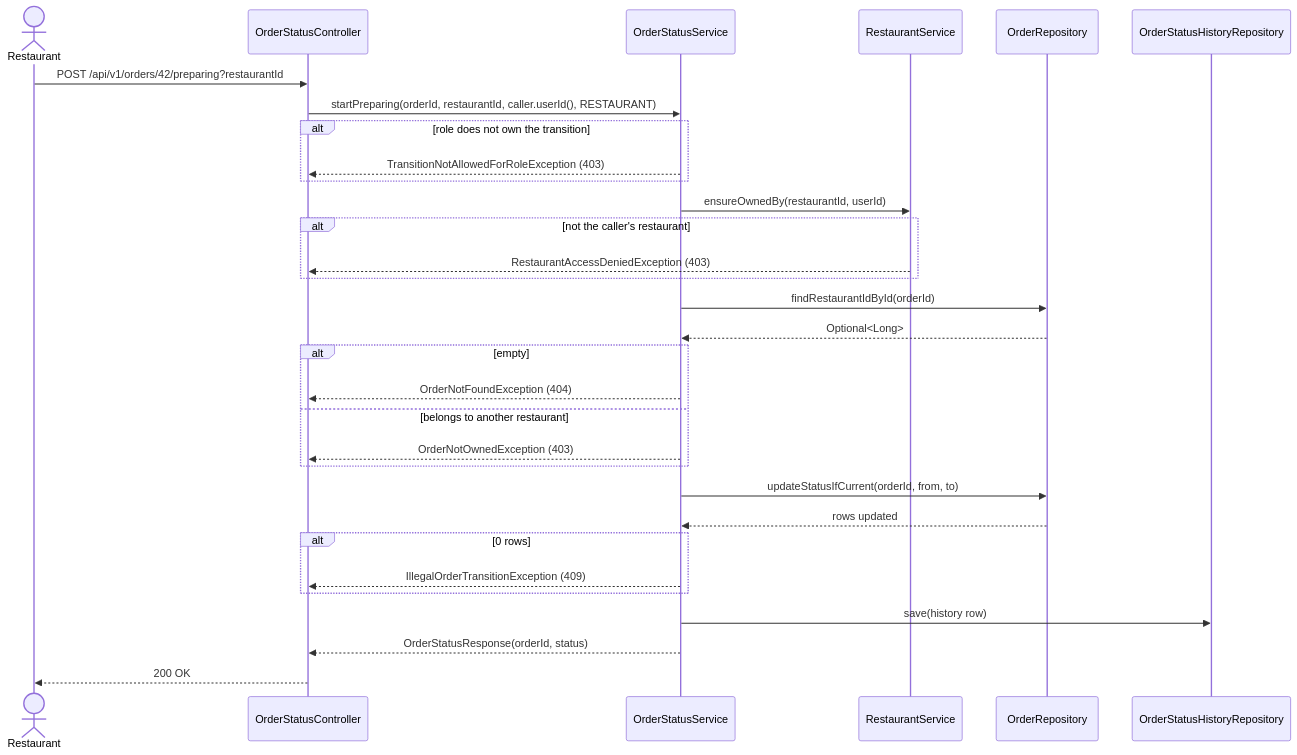
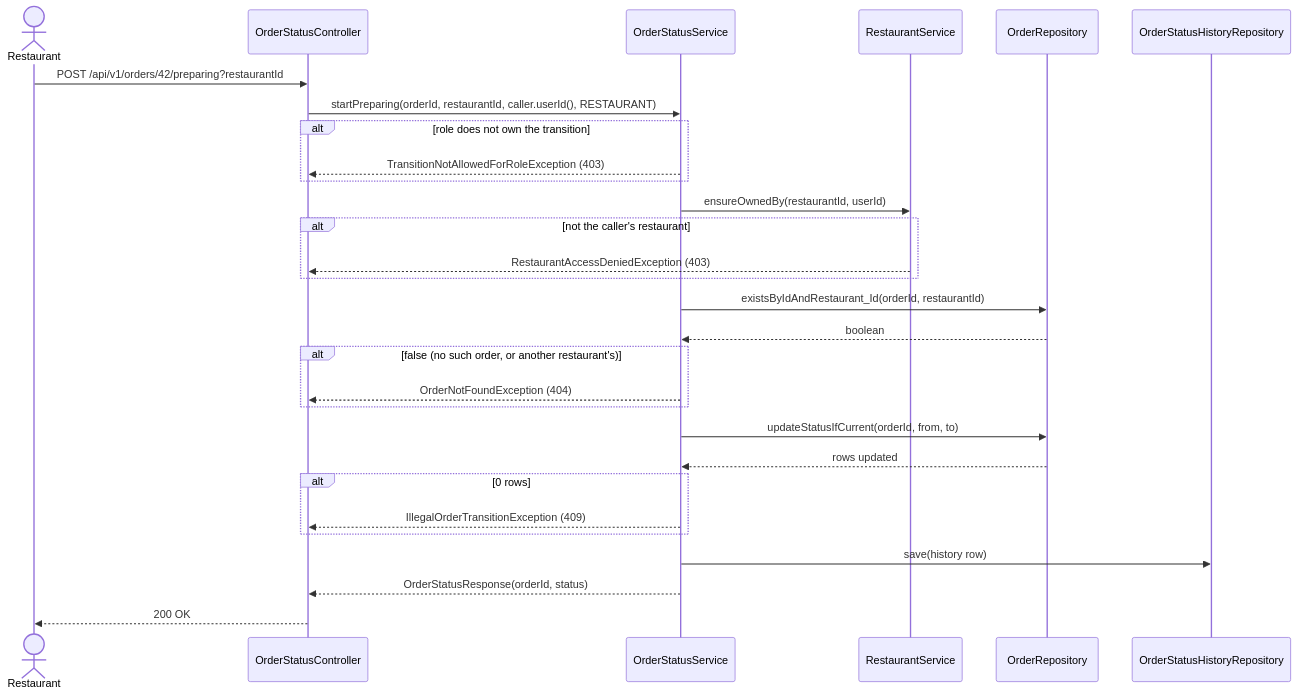
The third of 3 diagrams in restaurant/.docs/use-cases/order-management/update-order-status/update-order-status.md (msmohammed0077-cmd/mentorship-restaurant), drawn with Mermaid before and after one commit. The commit also changed other lines of this file and 5 other files, not shown here.

First line of the commit message:
Answer another restaurant's order with 404, not 403

````diff
--- a/restaurant/.docs/use-cases/order-management/update-order-status/update-order-status.md
+++ b/restaurant/.docs/use-cases/order-management/update-order-status/update-order-status.md
@@ -323,39 +323,37 @@
 ```mermaid
 sequenceDiagram
     actor Restaurant
     participant C as OrderStatusController
     participant H as OrderStatusService
     participant RS as RestaurantService
     participant OR as OrderRepository
     participant HR as OrderStatusHistoryRepository
 
     Restaurant->>C: POST /api/v1/orders/42/preparing?restaurantId
     C->>H: startPreparing(orderId, restaurantId, caller.userId(), RESTAURANT)
 
     alt role does not own the transition
         H-->>C: TransitionNotAllowedForRoleException (403)
     end
 
     H->>RS: ensureOwnedBy(restaurantId, userId)
     alt not the caller's restaurant
         RS-->>C: RestaurantAccessDeniedException (403)
     end
 
-    H->>OR: findRestaurantIdById(orderId)
-    OR-->>H: Optional<Long>
-    alt empty
+    H->>OR: existsByIdAndRestaurant_Id(orderId, restaurantId)
+    OR-->>H: boolean
+    alt false (no such order, or another restaurant's)
         H-->>C: OrderNotFoundException (404)
-    else belongs to another restaurant
-        H-->>C: OrderNotOwnedException (403)
     end
 
     H->>OR: updateStatusIfCurrent(orderId, from, to)
     OR-->>H: rows updated
     alt 0 rows
         H-->>C: IllegalOrderTransitionException (409)
     end
 
     H->>HR: save(history row)
     H-->>C: OrderStatusResponse(orderId, status)
     C-->>Restaurant: 200 OK
 ```
````
